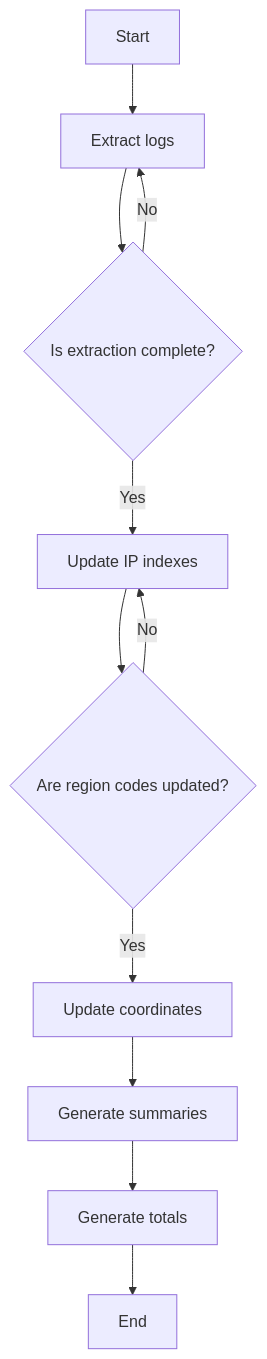
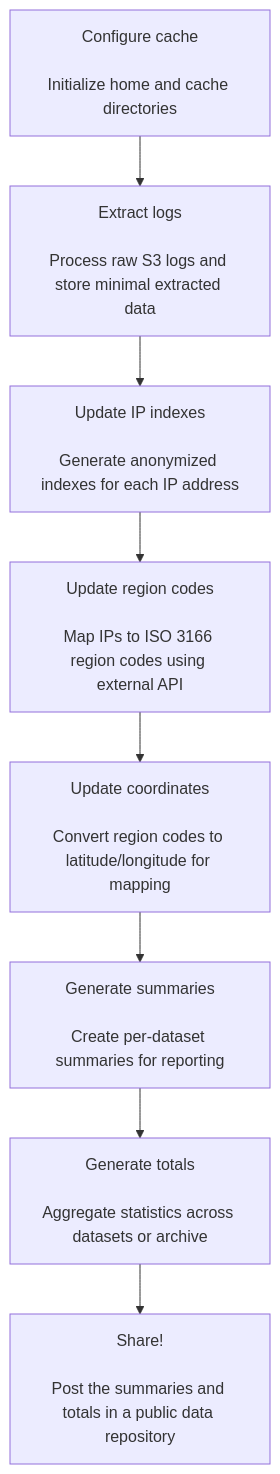
Before and after one commit to dandi/s3-log-extraction: the diagram in README.md, drawn with Mermaid. The commit also changed other lines of this file, not shown here.

Commit message:
polish mermaid

````diff
--- a/README.md
+++ b/README.md
@@ -149,13 +36,19 @@
 ```mermaid
 flowchart TD
-    A[Start] --> B[Extract logs]
-    B --> C{Is extraction complete?}
-    C -- Yes --> D[Update IP indexes]
-    C -- No --> B
-    D --> E{Are region codes updated?}
-    E -- Yes --> F[Update coordinates]
-    E -- No --> D
-    F --> G[Generate summaries]
-    G --> H[Generate totals]
-    H --> I[End]
+    A[Configure cache<br/><br/>Initialize home and cache directories]
+    B[Extract logs<br/><br/>Process raw S3 logs and store minimal extracted data]
+    C[Update IP indexes<br/><br/>Generate anonymized indexes for each IP address]
+    D[Update region codes<br/><br/>Map IPs to ISO 3166 region codes using external API]
+    E[Update coordinates<br/><br/>Convert region codes to latitude/longitude for mapping]
+    F[Generate summaries<br/><br/>Create per-dataset summaries for reporting]
+    G[Generate totals<br/><br/>Aggregate statistics across datasets or archive]
+    H[Share!<br/><br/>Post the summaries and totals in a public data repository]
+
+    A --> B
+    B --> C
+    C --> D
+    D --> E
+    E --> F
+    F --> G
+    G --> H
 ```
````
